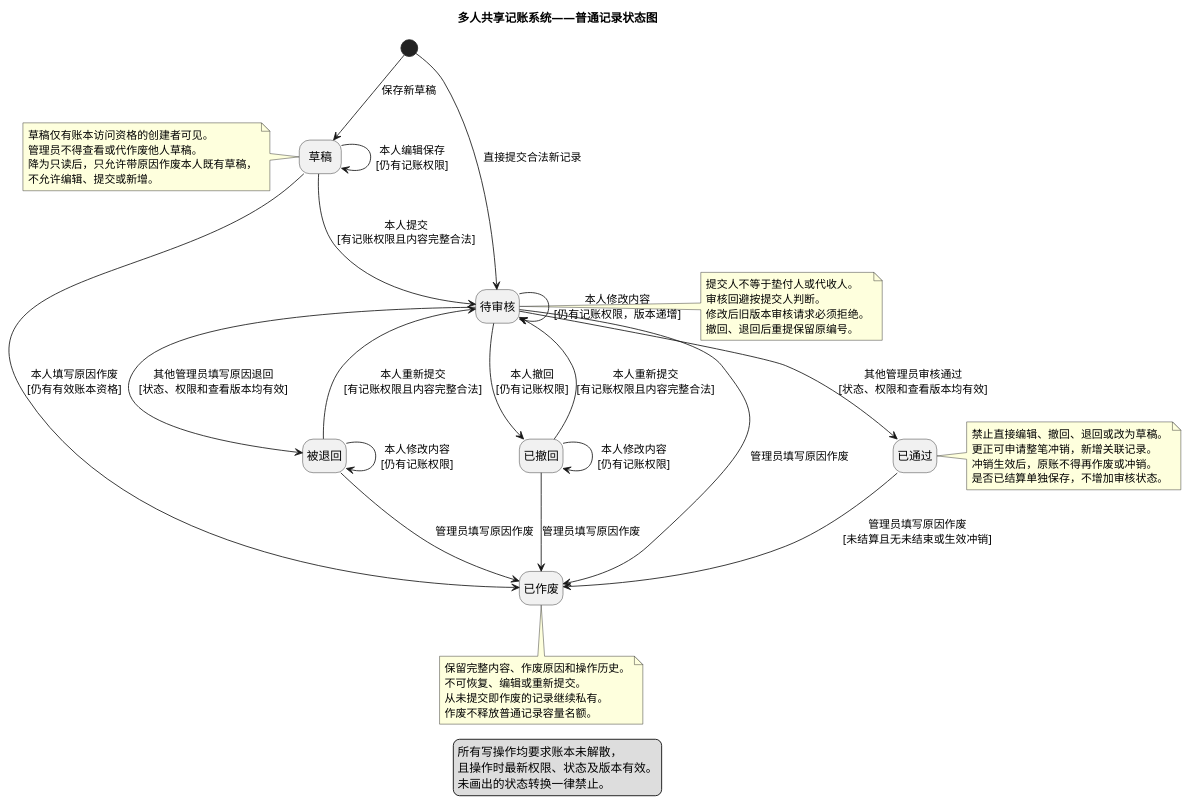
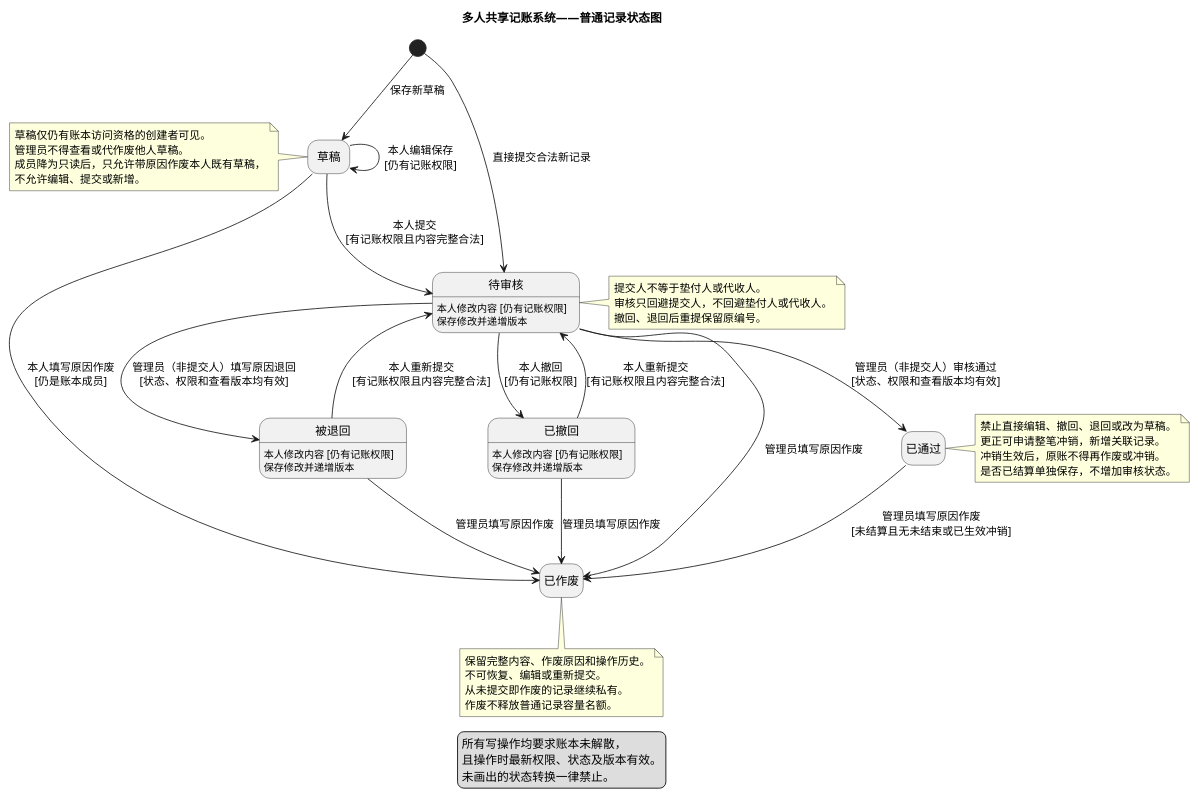
One commit to catherine0223/software-engineering-lab changed the diagram in 实验2/UML/UML状态图.puml. Above: the diagram before and after it, drawn with PlantUML. The commit also changed 9 other files, not shown here.

Commit message:
lab2: 完善UML图的业务规则、模块关系和图形布局

```diff
--- a/实验2/UML/UML状态图.puml
+++ b/实验2/UML/UML状态图.puml
@@ -1,68 +1,71 @@
 @startuml
 title 多人共享记账系统——普通记录状态图
 hide empty description
 
 state "草稿" as Draft
 state "待审核" as Pending
 state "已通过" as Approved
 state "被退回" as Rejected
 state "已撤回" as Withdrawn
 state "已作废" as Voided
+Pending : 本人修改内容 [仍有记账权限]
+Pending : 保存修改并递增版本
+Rejected : 本人修改内容 [仍有记账权限]
+Rejected : 保存修改并递增版本
+Withdrawn : 本人修改内容 [仍有记账权限]
+Withdrawn : 保存修改并递增版本
 
 [*] --> Draft : 保存新草稿
 [*] --> Pending : 直接提交合法新记录
 
 Draft --> Draft : 本人编辑保存\n[仍有记账权限]
 Draft --> Pending : 本人提交\n[有记账权限且内容完整合法]
-Draft --> Voided : 本人填写原因作废\n[仍有有效账本资格]
+Draft --> Voided : 本人填写原因作废\n[仍是账本成员]
 
-Pending --> Pending : 本人修改内容\n[仍有记账权限，版本递增]
-Pending --> Approved : 其他管理员审核通过\n[状态、权限和查看版本均有效]
-Pending --> Rejected : 其他管理员填写原因退回\n[状态、权限和查看版本均有效]
+
+Pending --> Approved : 管理员（非提交人）审核通过\n[状态、权限和查看版本均有效]
+Pending --> Rejected : 管理员（非提交人）填写原因退回\n[状态、权限和查看版本均有效]
 Pending --> Withdrawn : 本人撤回\n[仍有记账权限]
 Pending --> Voided : 管理员填写原因作废
 
-Rejected --> Rejected : 本人修改内容\n[仍有记账权限]
 Rejected --> Pending : 本人重新提交\n[有记账权限且内容完整合法]
 Rejected --> Voided : 管理员填写原因作废
 
-Withdrawn --> Withdrawn : 本人修改内容\n[仍有记账权限]
 Withdrawn --> Pending : 本人重新提交\n[有记账权限且内容完整合法]
 Withdrawn --> Voided : 管理员填写原因作废
 
-Approved --> Voided : 管理员填写原因作废\n[未结算且无未结束或生效冲销]
+Approved --> Voided : 管理员填写原因作废\n[未结算且无未结束或已生效冲销]
 
 note left of Draft
-  草稿仅有账本访问资格的创建者可见。
+  草稿仅仍有账本访问资格的创建者可见。
   管理员不得查看或代作废他人草稿。
-  降为只读后，只允许带原因作废本人既有草稿，
+  成员降为只读后，只允许带原因作废本人既有草稿，
   不允许编辑、提交或新增。
 end note
 
 note right of Pending
   提交人不等于垫付人或代收人。
-  审核回避按提交人判断。
-  修改后旧版本审核请求必须拒绝。
+  审核只回避提交人，不回避垫付人或代收人。
   撤回、退回后重提保留原编号。
 end note
 
 note right of Approved
   禁止直接编辑、撤回、退回或改为草稿。
   更正可申请整笔冲销，新增关联记录。
   冲销生效后，原账不得再作废或冲销。
   是否已结算单独保存，不增加审核状态。
 end note
 
 note bottom of Voided
   保留完整内容、作废原因和操作历史。
   不可恢复、编辑或重新提交。
   从未提交即作废的记录继续私有。
   作废不释放普通记录容量名额。
 end note
 
 legend bottom
   所有写操作均要求账本未解散，
   且操作时最新权限、状态及版本有效。
   未画出的状态转换一律禁止。
 endlegend
 @enduml
```
